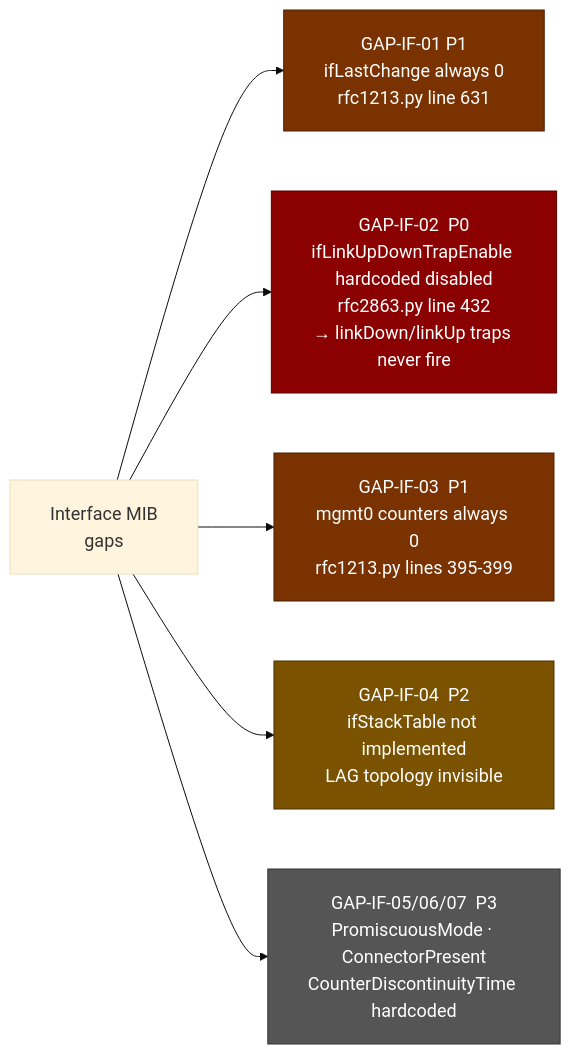
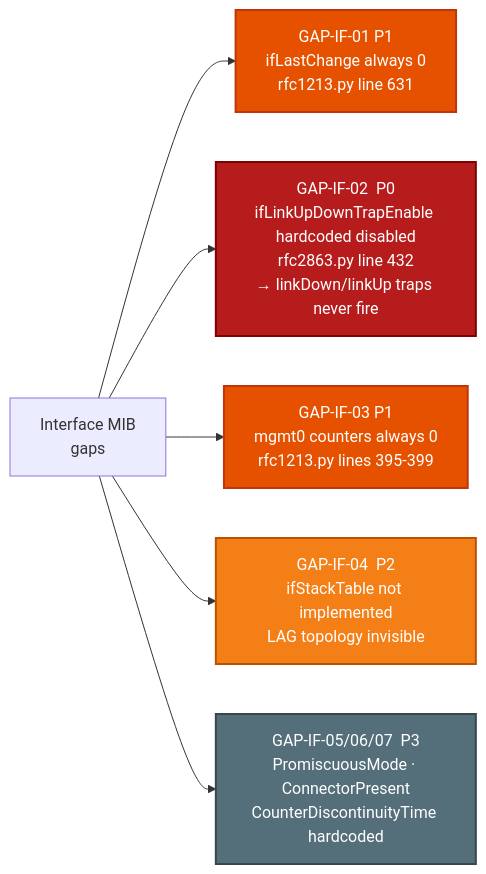
One commit to thongal-upscale/sonic-snmpagent changed the eighth of 17 diagrams in docs/nms_compliance_gaps.md. Above: the diagram before and after it, drawn with Mermaid. The commit also changed other lines of this file, not shown here.

Commit message:
docs: redesign diagrams with vibrant colors, expand pytest lifecycle, add BGP AgentX container

````diff
--- a/docs/nms_compliance_gaps.md
+++ b/docs/nms_compliance_gaps.md
@@ -490,21 +552,20 @@
 ```mermaid
-%%{init: {'theme': 'base', 'themeVariables': {'fontSize': '18px', 'lineHeight': '1.5'}, 'flowchart': {'nodeSpacing': 60, 'rankSpacing': 70, 'padding': 20}, 'sequence': {'actorFontSize': 18, 'noteFontSize': 17, 'messageFontSize': 17}}}%%
 graph LR
-    classDef p0 fill:#8b0000,color:#fff,stroke:#5a0000
-    classDef p1 fill:#7a3200,color:#fff,stroke:#4a1e00
-    classDef p2 fill:#7a5200,color:#fff,stroke:#4a3000
-    classDef p3 fill:#555,color:#fff,stroke:#333
+    classDef p0 fill:#B71C1C,color:#fff,stroke:#7F0000,stroke-width:2px
+    classDef p1 fill:#E65100,color:#fff,stroke:#BF360C,stroke-width:2px
+    classDef p2 fill:#F57F17,color:#fff,stroke:#BC5100,stroke-width:2px
+    classDef p3 fill:#546E7A,color:#fff,stroke:#37474F,stroke-width:2px
 
     IF["Interface MIB\ngaps"]
     G1["GAP-IF-01  P1\nifLastChange always 0\nrfc1213.py line 631"]:::p1
     G2["GAP-IF-02  P0\nifLinkUpDownTrapEnable hardcoded disabled\nrfc2863.py line 432\n→ linkDown/linkUp traps never fire"]:::p0
     G3["GAP-IF-03  P1\nmgmt0 counters always 0\nrfc1213.py lines 395-399"]:::p1
     G4["GAP-IF-04  P2\nifStackTable not implemented\nLAG topology invisible"]:::p2
     G5["GAP-IF-05/06/07  P3\nPromiscuousMode · ConnectorPresent\nCounterDiscontinuityTime hardcoded"]:::p3
 
     IF --> G1
     IF --> G2
     IF --> G3
     IF --> G4
     IF --> G5
 ```
````
